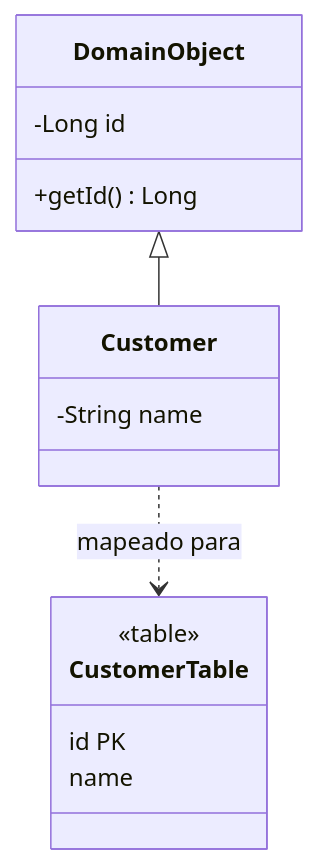
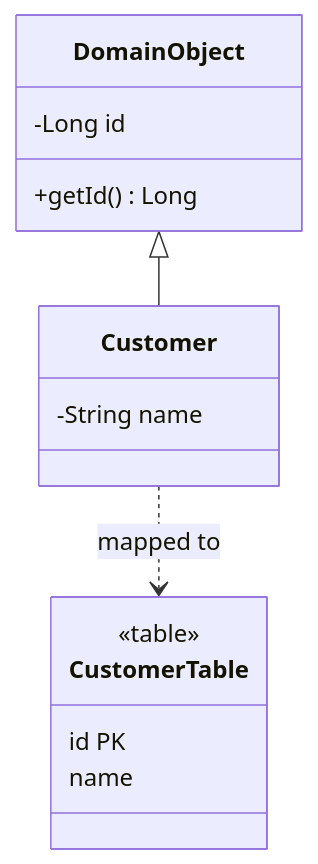
One commit to alancesar/design-patterns changed the diagram in docs/application/poeaa/object-relational-structural/identity-field.md. Above: the diagram before and after it, drawn with Mermaid. The commit also changed 258 other files, not shown here.

First line of the commit message:
Translate Mermaid diagrams to English

````diff
--- a/docs/application/poeaa/object-relational-structural/identity-field.md
+++ b/docs/application/poeaa/object-relational-structural/identity-field.md
@@ -51,17 +51,17 @@
 ```mermaid
 classDiagram
     class DomainObject {
         -Long id
         +getId() Long
     }
     class Customer {
         -String name
     }
     class CustomerTable {
         <<table>>
         id PK
         name
     }
     DomainObject <|-- Customer
-    Customer ..> CustomerTable : mapeado para
+    Customer ..> CustomerTable : mapped to
 ```
````
